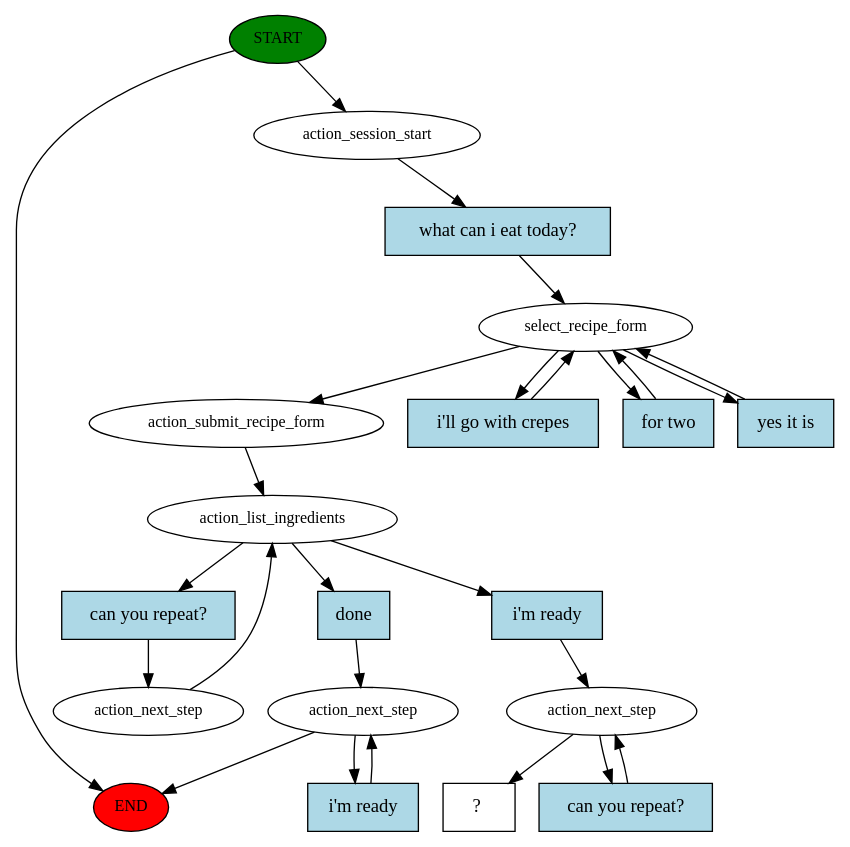
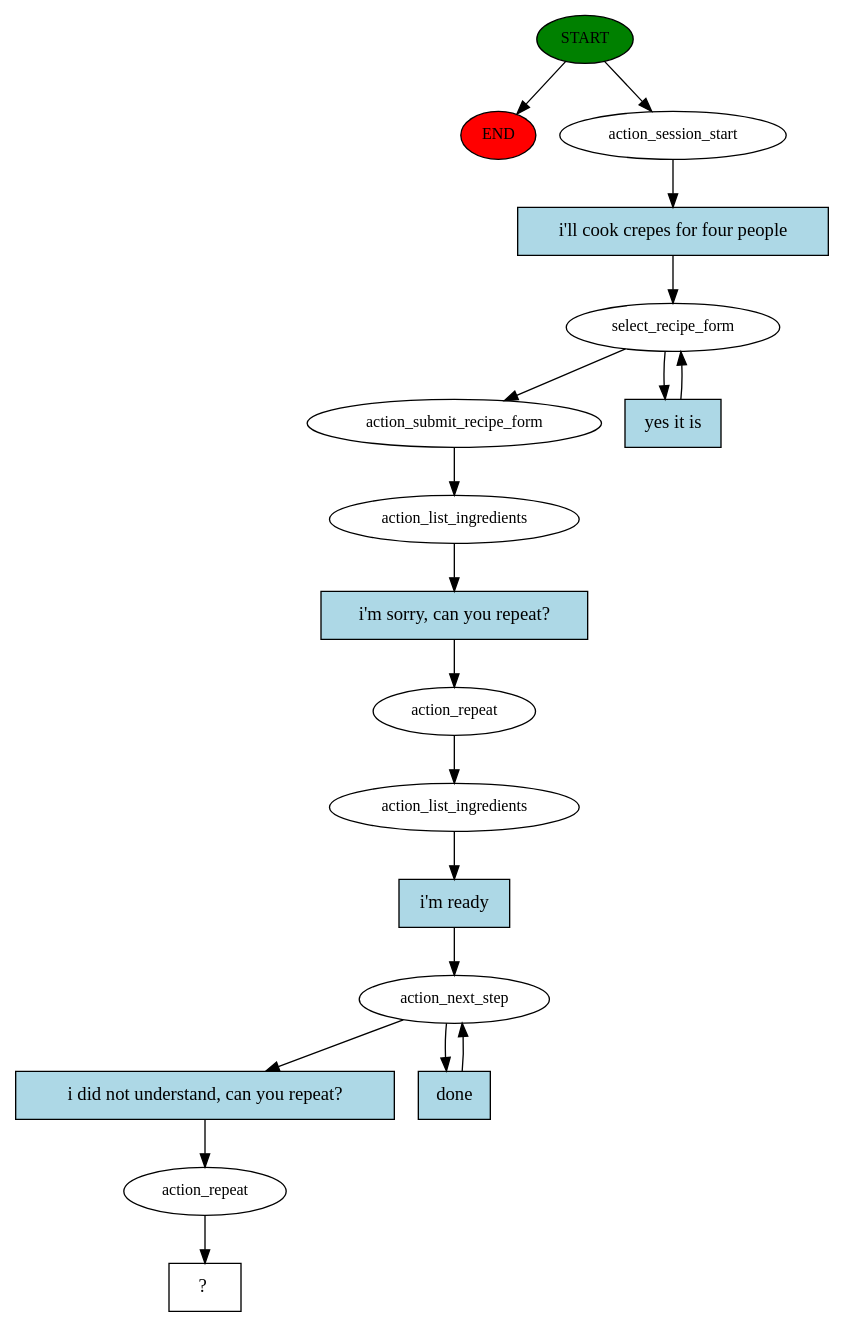
Before and after one commit to anrigo/cooking-assistant-hmd: the diagram in story_graph.dot, drawn with Graphviz. The commit also changed 4 other files, not shown here.

```diff
--- a/story_graph.dot
+++ b/story_graph.dot
@@ -1,46 +1,37 @@
 digraph  {
 0 [class="start active", fillcolor=green, fontsize=12, label=START, style=filled];
 "-1" [class=end, fillcolor=red, fontsize=12, label=END, style=filled];
 1 [class=active, fontsize=12, label=action_session_start];
 2 [class=active, fontsize=12, label=select_recipe_form];
-6 [class=active, fontsize=12, label=action_submit_recipe_form];
+4 [class=active, fontsize=12, label=action_submit_recipe_form];
+5 [class=active, fontsize=12, label=action_list_ingredients];
+6 [class=active, fontsize=12, label=action_repeat];
 7 [class=active, fontsize=12, label=action_list_ingredients];
-8 [class="", fontsize=12, label=action_next_step];
-10 [class="", fontsize=12, label=action_next_step];
-19 [class=active, fontsize=12, label=action_next_step];
-21 [class="intent dashed active", label="  ?  ", shape=rect];
-22 [class="intent active", fillcolor=lightblue, label="what can i eat today?", shape=rect, style=filled];
-23 [class="intent active", fillcolor=lightblue, label="i'll go with crepes", shape=rect, style=filled];
-24 [class="intent active", fillcolor=lightblue, label="for two", shape=rect, style=filled];
-25 [class="intent active", fillcolor=lightblue, label="yes it is", shape=rect, style=filled];
-26 [class=intent, fillcolor=lightblue, label="can you repeat?", shape=rect, style=filled];
-27 [class=intent, fillcolor=lightblue, label=done, shape=rect, style=filled];
-28 [class="intent active", fillcolor=lightblue, label="i'm ready", shape=rect, style=filled];
-29 [class=intent, fillcolor=lightblue, label="i'm ready", shape=rect, style=filled];
-30 [class="intent active", fillcolor=lightblue, label="can you repeat?", shape=rect, style=filled];
+8 [class=active, fontsize=12, label=action_next_step];
+10 [class=active, fontsize=12, label=action_repeat];
+11 [class="intent dashed active", label="  ?  ", shape=rect];
+12 [class="intent active", fillcolor=lightblue, label="i'll cook crepes for four people", shape=rect, style=filled];
+13 [class="intent active", fillcolor=lightblue, label="yes it is", shape=rect, style=filled];
+14 [class="intent active", fillcolor=lightblue, label="i'm sorry, can you repeat?", shape=rect, style=filled];
+15 [class="intent active", fillcolor=lightblue, label="i'm ready", shape=rect, style=filled];
+16 [class="intent active", fillcolor=lightblue, label="i did not understand, can you repeat?", shape=rect, style=filled];
+17 [class="intent active", fillcolor=lightblue, label=done, shape=rect, style=filled];
 0 -> "-1"  [class="", key=NONE, label=""];
 0 -> 1  [class=active, key=NONE, label=""];
-1 -> 22  [class=active, key=0];
-2 -> 6  [class=active, key=NONE, label=""];
-2 -> 23  [class=active, key=0];
-2 -> 24  [class=active, key=0];
-2 -> 25  [class=active, key=0];
+1 -> 12  [class=active, key=0];
+2 -> 4  [class=active, key=NONE, label=""];
+2 -> 13  [class=active, key=0];
+4 -> 5  [class=active, key=NONE, label=""];
+5 -> 14  [class=active, key=0];
 6 -> 7  [class=active, key=NONE, label=""];
-7 -> 26  [class="", key=0];
-7 -> 27  [class="", key=0];
-7 -> 28  [class=active, key=0];
-8 -> 7  [class="", key=NONE, label=""];
-10 -> "-1"  [class="", key=NONE, label=""];
-10 -> 29  [class="", key=0];
-19 -> 21  [class=active, key=NONE, label=""];
-19 -> 30  [class=active, key=0];
-22 -> 2  [class=active, key=0];
-23 -> 2  [class=active, key=0];
-24 -> 2  [class=active, key=0];
-25 -> 2  [class=active, key=0];
-26 -> 8  [class="", key=0];
-27 -> 10  [class="", key=0];
-28 -> 19  [class=active, key=0];
-29 -> 10  [class="", key=0];
-30 -> 19  [class=active, key=0];
+7 -> 15  [class=active, key=0];
+8 -> 16  [class=active, key=0];
+8 -> 17  [class=active, key=0];
+10 -> 11  [class=active, key=NONE, label=""];
+12 -> 2  [class=active, key=0];
+13 -> 2  [class=active, key=0];
+14 -> 6  [class=active, key=0];
+15 -> 8  [class=active, key=0];
+16 -> 10  [class=active, key=0];
+17 -> 8  [class=active, key=0];
 }
```
